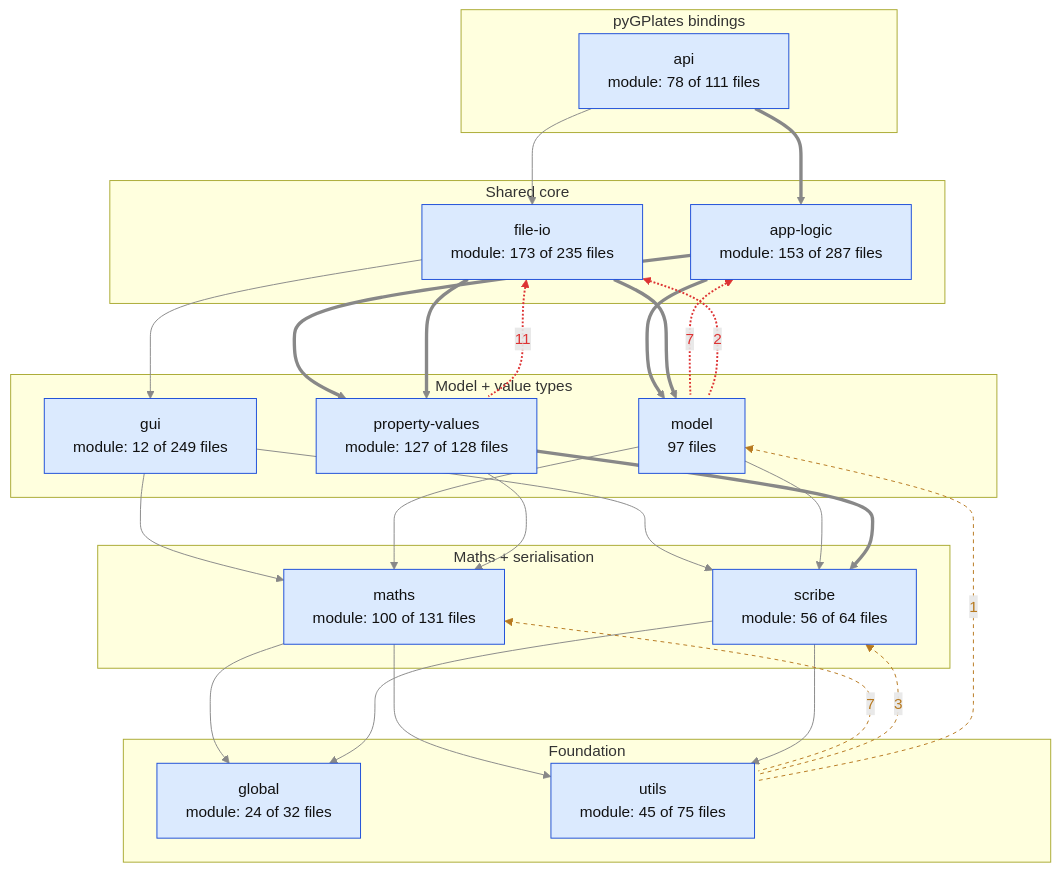
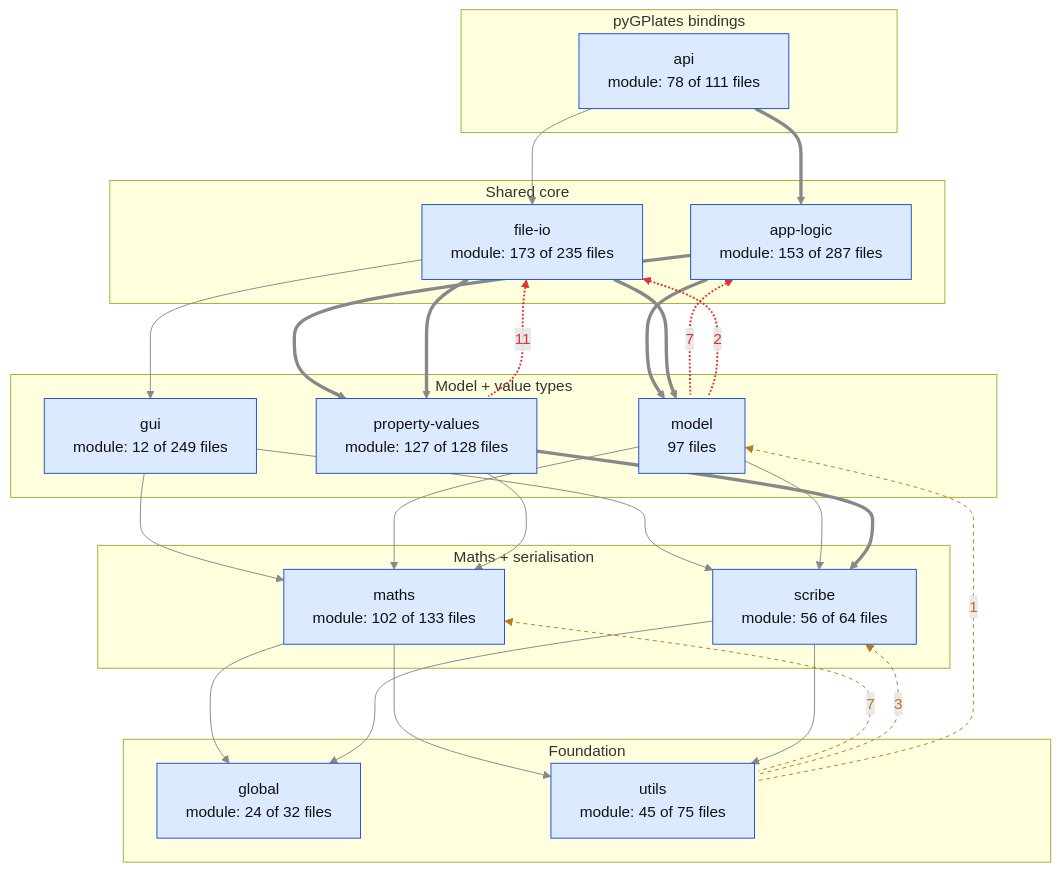
Before and after one commit to GPlates/GPlates: the second of 2 diagrams in docs/design/architecture/dependency-matrix.md, drawn with Mermaid. The commit also changed other lines of this file and 6 other files, not shown here.

````diff
--- a/docs/design/architecture/dependency-matrix.md
+++ b/docs/design/architecture/dependency-matrix.md
@@ -141,51 +141,51 @@
 ```mermaid
 flowchart TD
   subgraph L0 ["Foundation"]
     global["global<br/>module: 24 of 32 files"]:::module
     utils["utils<br/>module: 45 of 75 files"]:::module
   end
   subgraph L1 ["Maths + serialisation"]
-    maths["maths<br/>module: 100 of 131 files"]:::module
+    maths["maths<br/>module: 102 of 133 files"]:::module
     scribe["scribe<br/>module: 56 of 64 files"]:::module
   end
   subgraph L2 ["Model + value types"]
     model["model<br/>97 files"]:::module
     property_values["property-values<br/>module: 127 of 128 files"]:::module
     gui["gui<br/>module: 12 of 249 files"]:::module
   end
   subgraph L3 ["Shared core"]
     file_io["file-io<br/>module: 173 of 235 files"]:::module
     app_logic["app-logic<br/>module: 153 of 287 files"]:::module
   end
   subgraph L4 ["pyGPlates bindings"]
     api["api<br/>module: 78 of 111 files"]:::module
   end
   maths --> global
   maths --> utils
   scribe --> global
   scribe --> utils
   gui --> maths
   gui --> scribe
   model --> maths
   model --> scribe
   property_values --> maths
   property_values ==> scribe
   app_logic ==> model
   app_logic ==> property_values
   file_io --> gui
   file_io ==> model
   file_io ==> property_values
   api ==> app_logic
   api --> file_io
   file_io <-.->|11| property_values
   app_logic <-.->|7| model
   file_io <-.->|2| model
   maths <-.->|7| utils
   scribe <-.->|3| utils
   model <-.->|1| utils
   classDef module fill:#dbeafe,stroke:#1d4ed8,color:#111
   classDef gplates fill:#f3f4f6,stroke:#6b7280,color:#111
   linkStyle 0,1,2,3,4,5,6,7,8,9,10,11,12,13,14,15,16 stroke:#888
   linkStyle 20,21,22 stroke:#b7791f,stroke-dasharray:4 4,color:#b7791f,marker-end:none
   linkStyle 17,18,19 stroke:#d33,stroke-width:2px,color:#d33,marker-end:none
 ```
````
